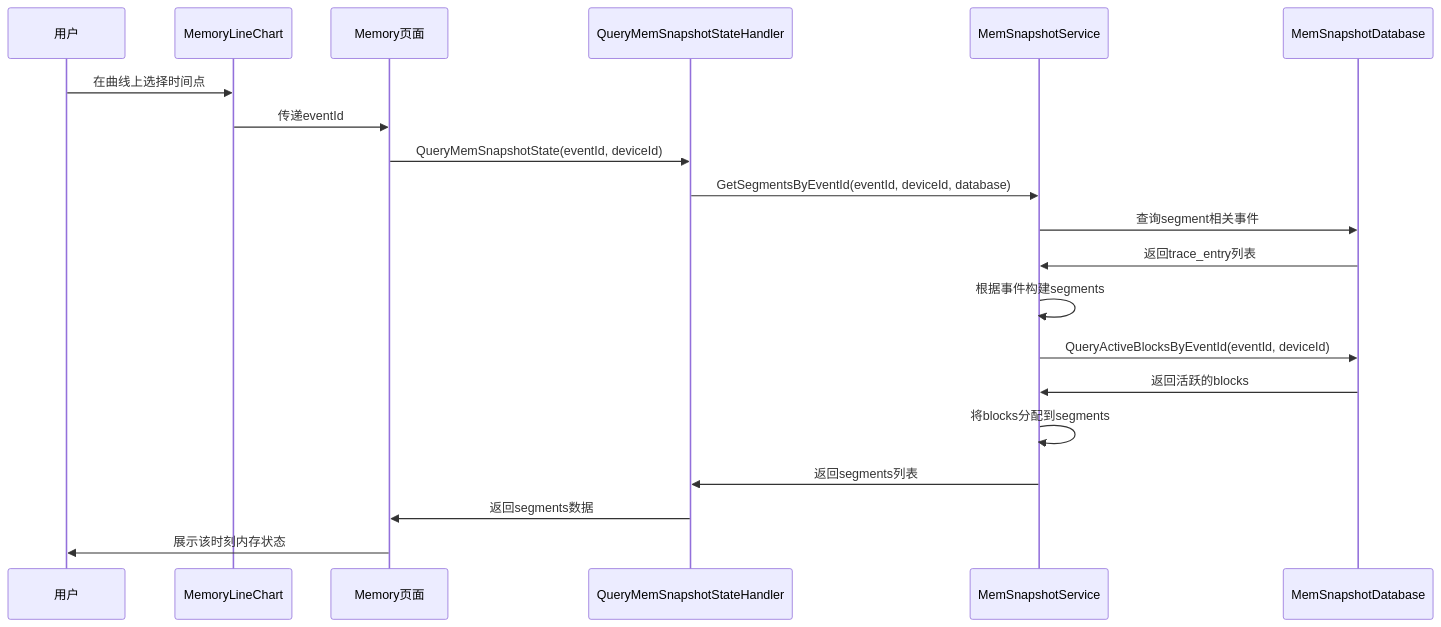
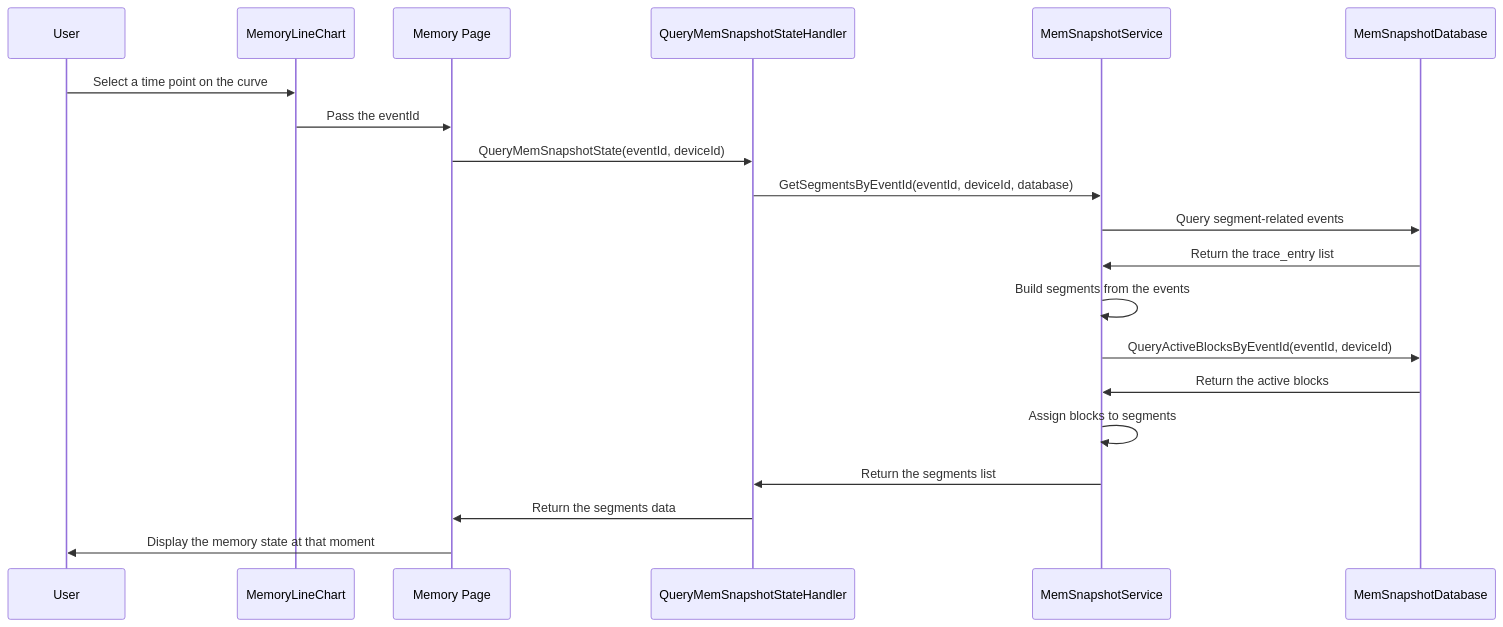
The fifth of 8 diagrams in docs/en/development_guide/design/support_snapshot_analysis.md (Ascend/msinsight), drawn with Mermaid before and after one commit. The commit also changed other lines of this file and 323 other files, not shown here.

````diff
--- a/docs/en/development_guide/design/support_snapshot_analysis.md
+++ b/docs/en/development_guide/design/support_snapshot_analysis.md
@@ -384,23 +334,23 @@
 ```mermaid
 sequenceDiagram
-    participant User as 用户
+    participant User as User
     participant LineChart as MemoryLineChart
-    participant MemoryPage as Memory页面
+    participant MemoryPage as Memory Page
     participant StateHandler as QueryMemSnapshotStateHandler
     participant Service as MemSnapshotService
     participant Database as MemSnapshotDatabase
 
-    User->>LineChart: 在曲线上选择时间点
-    LineChart->>MemoryPage: 传递eventId
+    User->>LineChart: Select a time point on the curve
+    LineChart->>MemoryPage: Pass the eventId
     MemoryPage->>StateHandler: QueryMemSnapshotState(eventId, deviceId)
     StateHandler->>Service: GetSegmentsByEventId(eventId, deviceId, database)
-    Service->>Database: 查询segment相关事件
-    Database->>Service: 返回trace_entry列表
-    Service->>Service: 根据事件构建segments
+    Service->>Database: Query segment-related events
+    Database->>Service: Return the trace_entry list
+    Service->>Service: Build segments from the events
     Service->>Database: QueryActiveBlocksByEventId(eventId, deviceId)
-    Database->>Service: 返回活跃的blocks
-    Service->>Service: 将blocks分配到segments
-    Service->>StateHandler: 返回segments列表
-    StateHandler->>MemoryPage: 返回segments数据
-    MemoryPage->>User: 展示该时刻内存状态
+    Database->>Service: Return the active blocks
+    Service->>Service: Assign blocks to segments
+    Service->>StateHandler: Return the segments list
+    StateHandler->>MemoryPage: Return the segments data
+    MemoryPage->>User: Display the memory state at that moment
 ```
````
